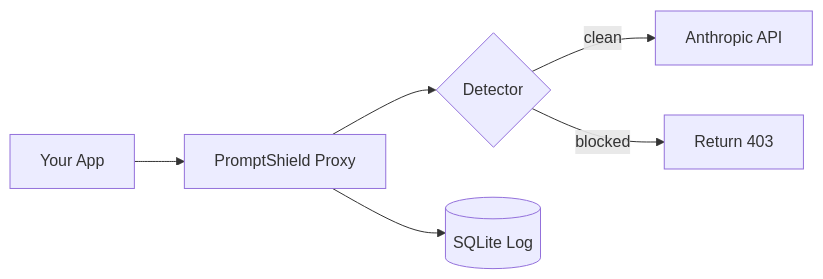
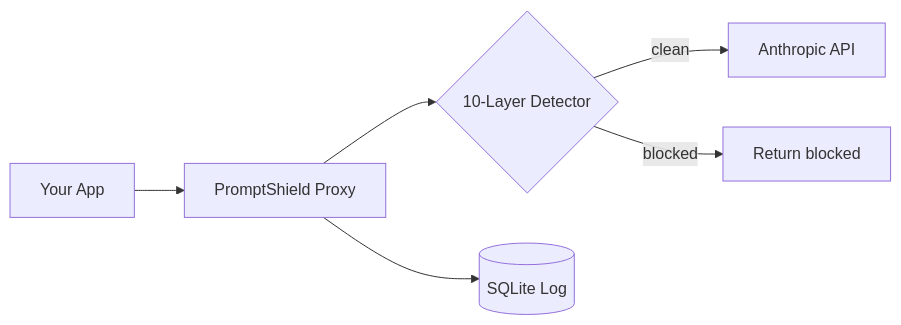
Before and after one commit to L0uisHu/PromptShield: the diagram in README.md, drawn with Mermaid. The commit also changed other lines of this file and 3 other files, not shown here.

````diff
--- a/README.md
+++ b/README.md
@@ -41,8 +89,8 @@
 ```mermaid
 graph LR
     A[Your App] --> B[PromptShield Proxy]
-    B --> C{Detector}
+    B --> C{10-Layer Detector}
     C -->|clean| D[Anthropic API]
-    C -->|blocked| E[Return 403]
+    C -->|blocked| E[Return blocked]
     B --> F[(SQLite Log)]
 ```
````
